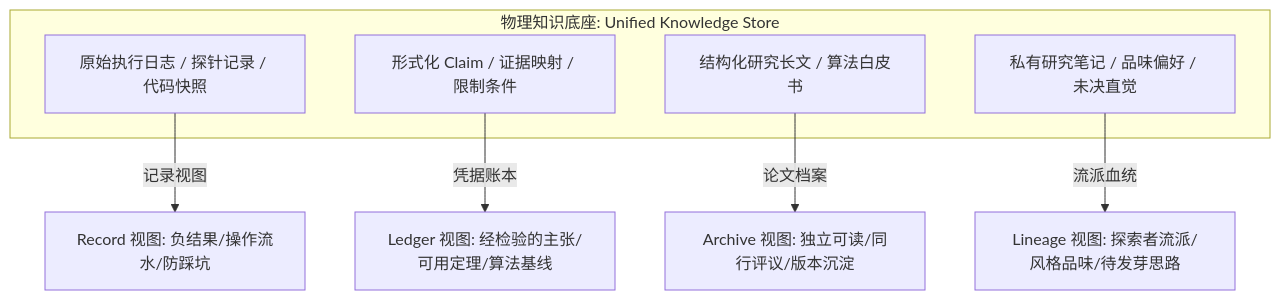
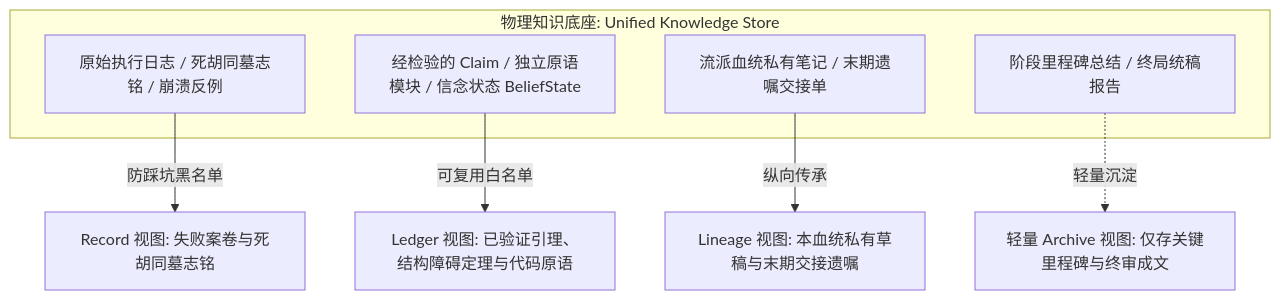
One commit to Qingzhu093/greatwall-agent changed the fourth of 20 diagrams in V4_总体架构与工程规范_全编整合版.md. Above: the diagram before and after it, drawn with Mermaid. The commit also changed other lines of this file, not shown here.

Commit message:
feat(v4.1): upgrade master architecture spec with 4-tier triage, epistemic synthesis, clean-room worktrees, and 3D cognitive asymmetry

````diff
--- a/V4_总体架构与工程规范_全编整合版.md
+++ b/V4_总体架构与工程规范_全编整合版.md
@@ -261,14 +287,14 @@
 ```mermaid
 flowchart TD
     subgraph 物理知识底座: Unified Knowledge Store
-        RAW[原始执行日志 / 探针记录 / 代码快照]
-        CLAIMS[形式化 Claim / 证据映射 / 限制条件]
-        PAPERS[结构化研究长文 / 算法白皮书]
-        NOTES[私有研究笔记 / 品味偏好 / 未决直觉]
+        RAW[原始执行日志 / 死胡同墓志铭 / 崩溃反例]
+        CLAIMS[经检验的 Claim / 独立原语模块 / 信念状态 BeliefState]
+        NOTES[流派血统私有笔记 / 末期遗嘱交接单]
+        REPORTS[阶段里程碑总结 / 终局统稿报告]
     end
 
-    RAW -->|记录视图| V1[Record 视图: 负结果/操作流水/防踩坑]
-    CLAIMS -->|凭据账本| V2[Ledger 视图: 经检验的主张/可用定理/算法基线]
-    PAPERS -->|论文档案| V3[Archive 视图: 独立可读/同行评议/版本沉淀]
-    NOTES -->|流派血统| V4[Lineage 视图: 探索者流派/风格品味/待发芽思路]
+    RAW -->|防踩坑黑名单| V1[Record 视图: 失败案卷与死胡同墓志铭]
+    CLAIMS -->|可复用白名单| V2[Ledger 视图: 已验证引理、结构障碍定理与代码原语]
+    NOTES -->|纵向传承| V3[Lineage 视图: 本血统私有草稿与末期交接遗嘱]
+    REPORTS -.->|轻量沉淀| V4[轻量 Archive 视图: 仅存关键里程碑与终审成文]
 ```
````
